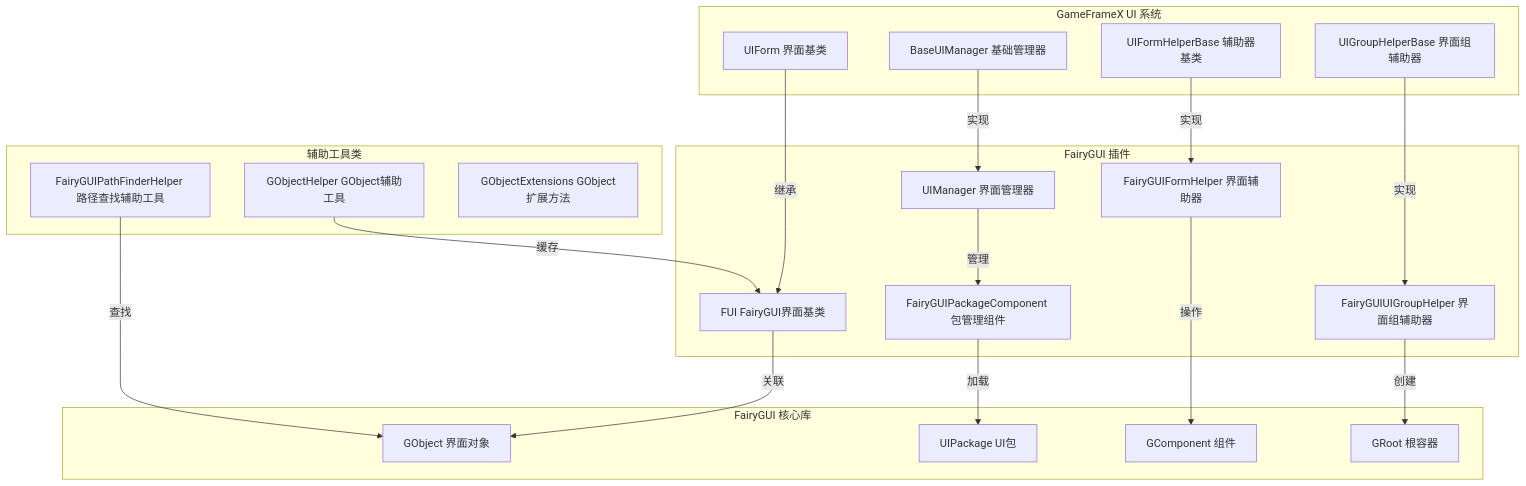
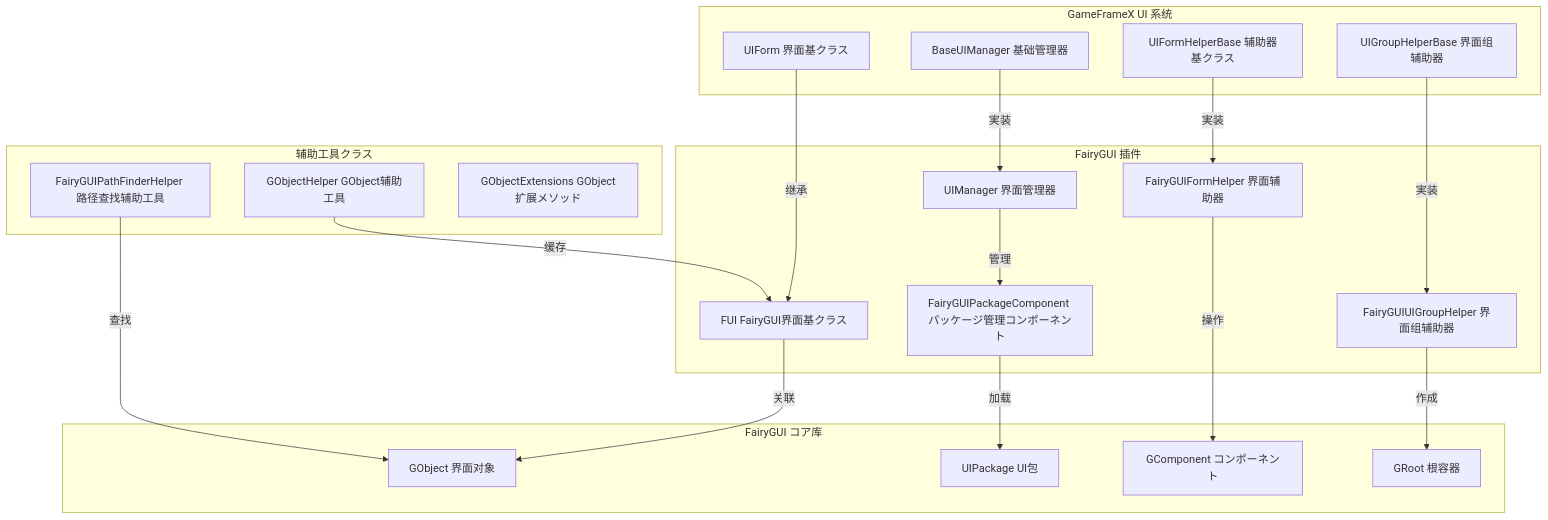
One commit to AlianBlank/GameFrameX.Docs changed the first of 2 diagrams in docs/ja/client/unity/component/ui-fairygui/01.overview.md. Above: the diagram before and after it, drawn with Mermaid. The commit also changed other lines of this file and 603 other files, not shown here.

````diff
--- a/docs/ja/client/unity/component/ui-fairygui/01.overview.md
+++ b/docs/ja/client/unity/component/ui-fairygui/01.overview.md
@@ -13,44 +13,44 @@
 ```mermaid
 graph TD
     subgraph GameFrameX_UI["GameFrameX UI 系统"]
-        UIForm[UIForm 界面基类]
+        UIForm[UIForm 界面基クラス]
         BaseUIManager[BaseUIManager 基础管理器]
-        UIFormHelperBase[UIFormHelperBase 辅助器基类]
+        UIFormHelperBase[UIFormHelperBase 辅助器基クラス]
         UIGroupHelperBase[UIGroupHelperBase 界面组辅助器]
     end
 
     subgraph FairyGUI_Plugin["FairyGUI 插件"]
-        FUI[FUI FairyGUI界面基类]
+        FUI[FUI FairyGUI界面基クラス]
         UIManager[UIManager 界面管理器]
         FairyGUIFormHelper[FairyGUIFormHelper 界面辅助器]
         FairyGUIUIGroupHelper[FairyGUIUIGroupHelper 界面组辅助器]
-        FairyGUIPackageComponent[FairyGUIPackageComponent 包管理组件]
+        FairyGUIPackageComponent[FairyGUIPackageComponent パッケージ管理コンポーネント]
     end
 
-    subgraph FairyGUI_Core["FairyGUI 核心库"]
+    subgraph FairyGUI_Core["FairyGUI コア库"]
         GObject[GObject 界面对象]
         UIPackage[UIPackage UI包]
-        GComponent[GComponent 组件]
+        GComponent[GComponent コンポーネント]
         GRoot[GRoot 根容器]
     end
 
-    subgraph Helpers["辅助工具类"]
+    subgraph Helpers["辅助工具クラス"]
         GObjectHelper[GObjectHelper GObject辅助工具]
         FairyGUIPathFinderHelper[FairyGUIPathFinderHelper 路径查找辅助工具]
-        GObjectExtensions[GObjectExtensions GObject扩展方法]
+        GObjectExtensions[GObjectExtensions GObject扩展メソッド]
     end
 
     UIForm -->|继承| FUI
-    BaseUIManager -->|实现| UIManager
-    UIFormHelperBase -->|实现| FairyGUIFormHelper
-    UIGroupHelperBase -->|实现| FairyGUIUIGroupHelper
+    BaseUIManager -->|実装| UIManager
+    UIFormHelperBase -->|実装| FairyGUIFormHelper
+    UIGroupHelperBase -->|実装| FairyGUIUIGroupHelper
     
     FUI -->|关联| GObject
     UIManager -->|管理| FairyGUIPackageComponent
     FairyGUIFormHelper -->|操作| GComponent
-    FairyGUIUIGroupHelper -->|创建| GRoot
+    FairyGUIUIGroupHelper -->|作成| GRoot
     
     FairyGUIPackageComponent -->|加载| UIPackage
     GObjectHelper -->|缓存| FUI
     FairyGUIPathFinderHelper -->|查找| GObject
 ```
````
